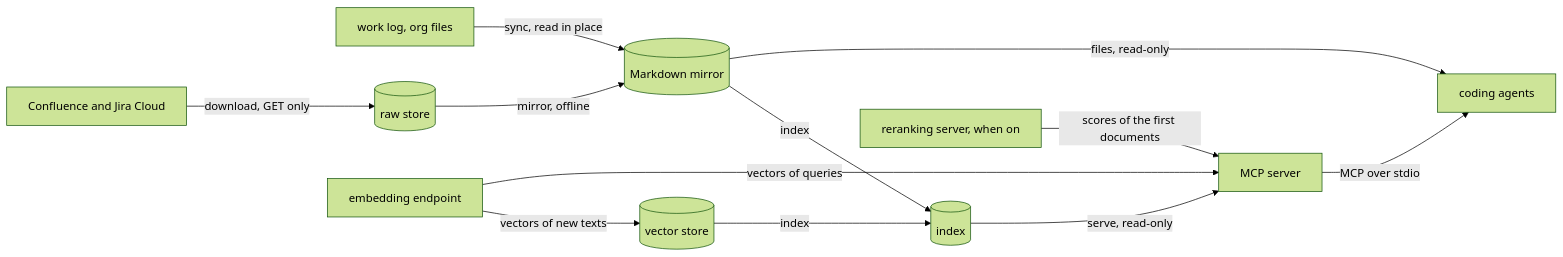
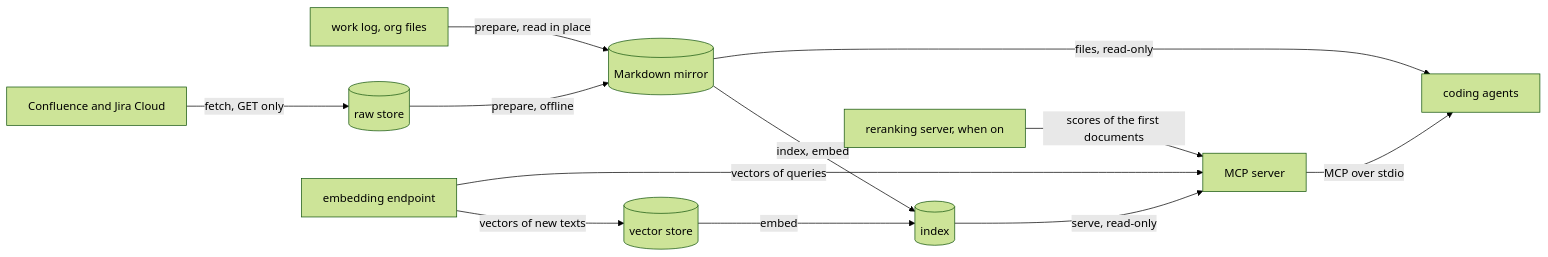
The diagram in docs/explanation/internals.md (piotr-yuxuan/kb-mcp), drawn with Mermaid (forest theme) before and after one commit. The commit also changed other lines of this file and 41 other files, not shown here.

````diff
--- a/docs/explanation/internals.md
+++ b/docs/explanation/internals.md
@@ -16,24 +15,24 @@
 ```mermaid
 flowchart LR
     site["Confluence and Jira Cloud"]
     worklog["work log, org files"]
     raw[("raw store")]
     docs[("Markdown mirror")]
     vectors[("vector store")]
     index[("index")]
     endpoint["embedding endpoint"]
     reranker["reranking server, when on"]
     server["MCP server"]
     agents["coding agents"]
-    site -- "download, GET only" --> raw
-    raw -- "mirror, offline" --> docs
-    worklog -- "sync, read in place" --> docs
-    docs -- "index" --> index
+    site -- "fetch, GET only" --> raw
+    raw -- "prepare, offline" --> docs
+    worklog -- "prepare, read in place" --> docs
+    docs -- "index, embed" --> index
     endpoint -- "vectors of new texts" --> vectors
-    vectors -- "index" --> index
+    vectors -- "embed" --> index
     index -- "serve, read-only" --> server
     endpoint -- "vectors of queries" --> server
     reranker -- "scores of the first documents" --> server
     server -- "MCP over stdio" --> agents
     docs -- "files, read-only" --> agents
 ```
````
